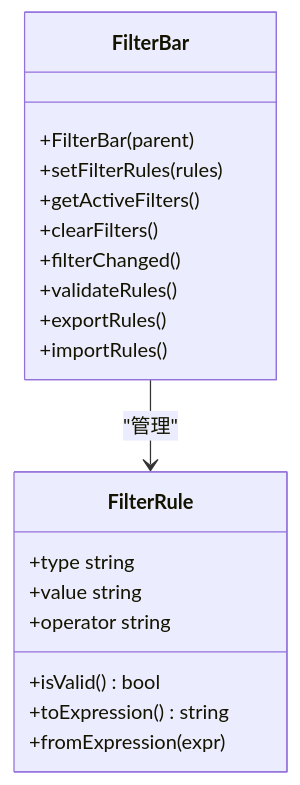
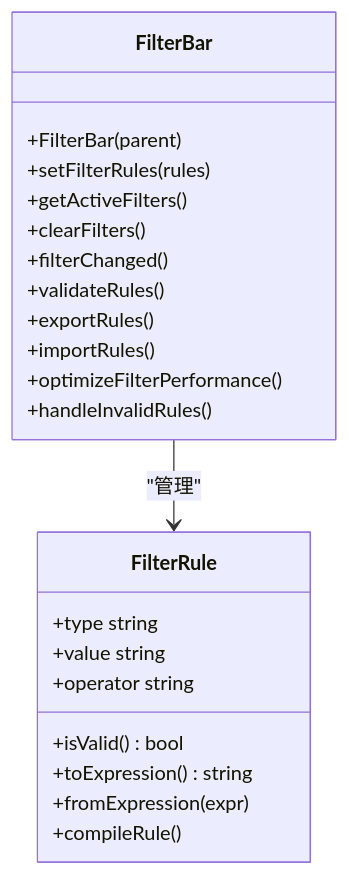
One commit to jakecai1225-design/OpenBus changed the ninth of 15 diagrams in .qoder/repowiki/zh/content/架构设计/UI系统设计/UI系统设计.md. Above: the diagram before and after it, drawn with Mermaid. The commit also changed other lines of this file and 15 other files, not shown here.

Commit message:
分离试图 拓扑图

````diff
--- a/.qoder/repowiki/zh/content/架构设计/UI系统设计/UI系统设计.md
+++ b/.qoder/repowiki/zh/content/架构设计/UI系统设计/UI系统设计.md
@@ -612,22 +639,25 @@
 ```mermaid
 classDiagram
 class FilterBar {
 +FilterBar(parent)
 +setFilterRules(rules)
 +getActiveFilters()
 +clearFilters()
 +filterChanged()
 +validateRules()
 +exportRules()
 +importRules()
++optimizeFilterPerformance()
++handleInvalidRules()
 }
 class FilterRule {
 +type string
 +value string
 +operator string
 +isValid() bool
 +toExpression() string
 +fromExpression(expr)
++compileRule()
 }
 FilterBar --> FilterRule : "管理"
 ```
````
